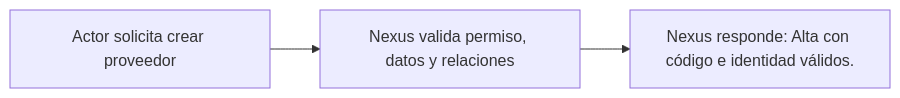
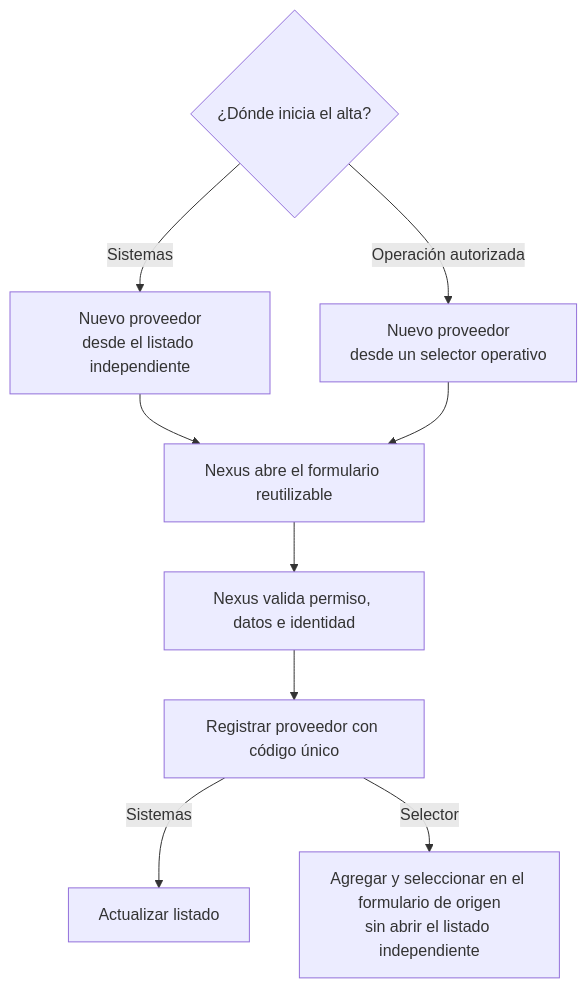
Before and after one commit to gpgsistemas01/nexus: the diagram in docs/requirements/diagrams/catalogs/cu-cat-02.md, drawn with Mermaid. The commit also changed 38 other files, not shown here.

Commit message:
docs(diagrams): concretar mensajes de secuencia

````diff
--- a/docs/requirements/diagrams/catalogs/cu-cat-02.md
+++ b/docs/requirements/diagrams/catalogs/cu-cat-02.md
@@ -3,6 +3,13 @@
 ```mermaid
-flowchart LR
+flowchart TD
     accTitle: CU-CAT-02 — Crear proveedor
-    request["Actor solicita crear proveedor"] --> validate["Nexus valida permiso, datos y relaciones"]
-    validate --> result["Nexus responde: Alta con código e identidad válidos."]
+    origin{"¿Dónde inicia el alta?"}
+    origin -->|Sistemas| list["Nuevo proveedor<br/>desde el listado independiente"]
+    origin -->|Operación autorizada| selector["Nuevo proveedor<br/>desde un selector operativo"]
+    list --> form["Nexus abre el formulario reutilizable"]
+    selector --> form
+    form --> validate["Nexus valida permiso, datos e identidad"]
+    validate --> create["Registrar proveedor con código único"]
+    create -->|Sistemas| refresh["Actualizar listado"]
+    create -->|Selector| return["Agregar y seleccionar en el formulario de origen<br/>sin abrir el listado independiente"]
 ```
````
